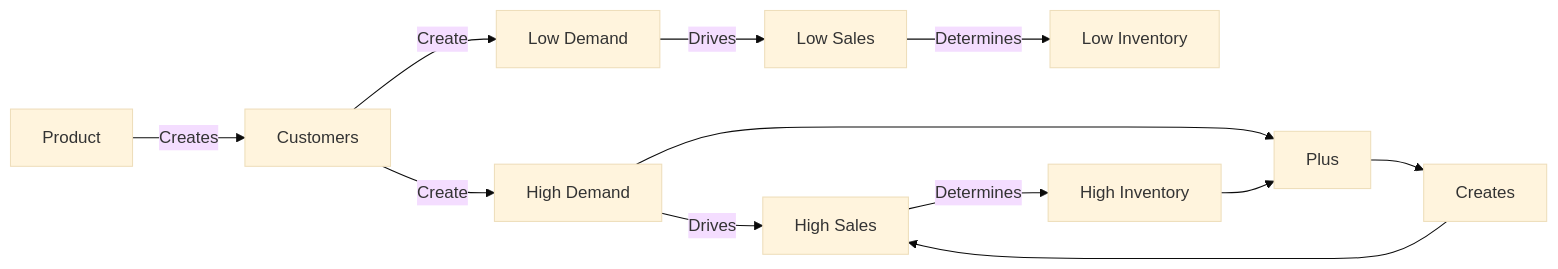
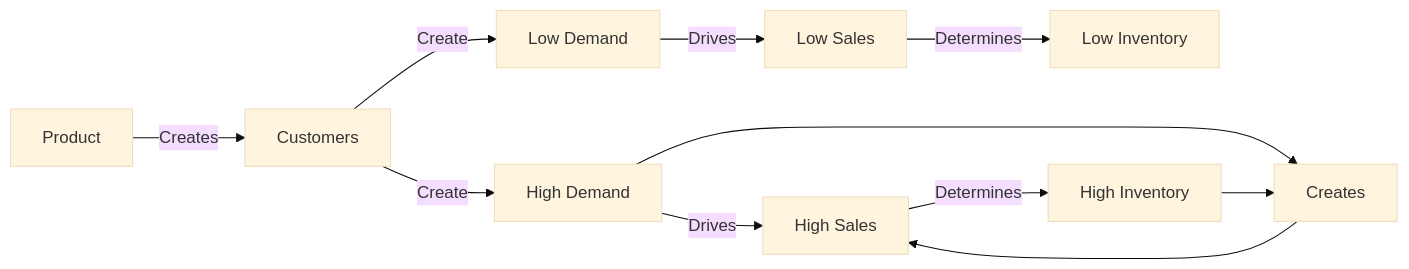
The diagram in README.md (ryanbullock02/NikeStore_ERD.md), drawn with Mermaid (base theme) before and after one commit.

````diff
--- a/README.md
+++ b/README.md
@@ -4,15 +4,15 @@
 ```mermaid
 flowchart LR
   a[Product] --"Creates"--> b[Customers]
   b --"Create"--> c[Low Demand]
   c --"Drives"--> e[Low Sales]
   b --"Create"--> d[High Demand]
   d --"Drives"--> f[High Sales]
   e --"Determines"--> g[Low Inventory]
   f --"Determines"--> h[High Inventory]
 
   A[Creates] --> f
-  B[Plus] --> A
-  d --> B
-  h --> B
+  
+  d --> A
+  h --> A
   ```
````
